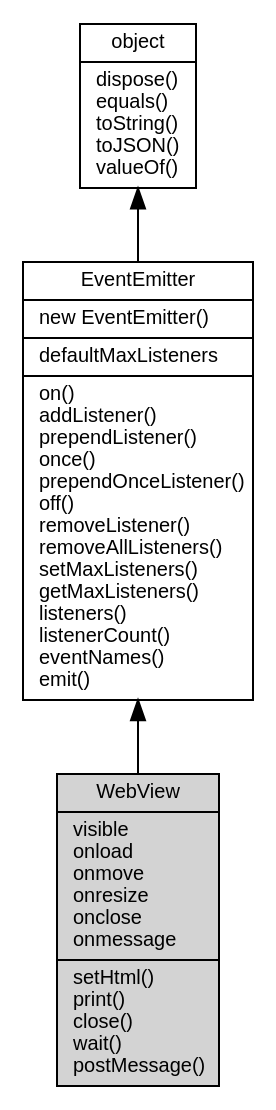
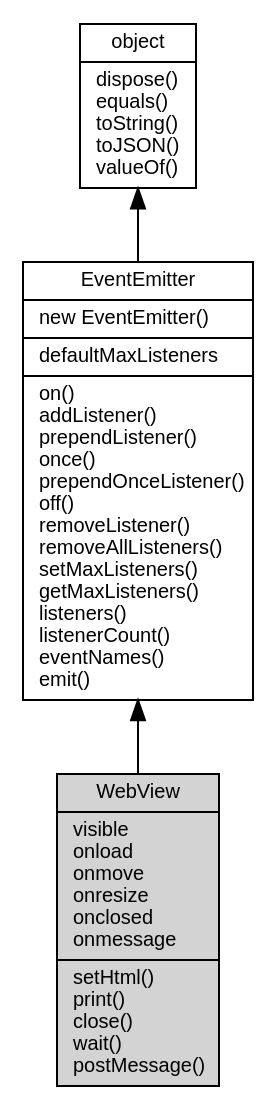
One commit to fibjs/fibjs.org changed the diagram in docs/manual/object/ifs/WebView.md. Above: the diagram before and after it, drawn with Graphviz. The commit also changed other lines of this file and 6 other files, not shown here.

````diff
--- a/docs/manual/object/ifs/WebView.md
+++ b/docs/manual/object/ifs/WebView.md
@@ -54,12 +54,12 @@
 ```dot
 digraph {
     node [fontname="Helvetica,sans-Serif", fontsize=10, shape="record", style="filled", fillcolor="white"];
 
     object [tooltip="object", URL="object.md", label="{object|dispose()\lequals()\ltoString()\ltoJSON()\lvalueOf()\l}"];
     EventEmitter [tooltip="EventEmitter", URL="EventEmitter.md", label="{EventEmitter|new EventEmitter()\l|defaultMaxListeners\l|on()\laddListener()\lprependListener()\lonce()\lprependOnceListener()\loff()\lremoveListener()\lremoveAllListeners()\lsetMaxListeners()\lgetMaxListeners()\llisteners()\llistenerCount()\leventNames()\lemit()\l}"];
-    WebView [tooltip="WebView", fillcolor="lightgray", label="{WebView|visible\lonload\lonmove\lonresize\lonclose\lonmessage\l|setHtml()\lprint()\lclose()\lwait()\lpostMessage()\l}"];
+    WebView [tooltip="WebView", fillcolor="lightgray", label="{WebView|visible\lonload\lonmove\lonresize\lonclosed\lonmessage\l|setHtml()\lprint()\lclose()\lwait()\lpostMessage()\l}"];
 
     object -> EventEmitter [dir=back];
     EventEmitter -> WebView [dir=back];
 }
 ```
````
